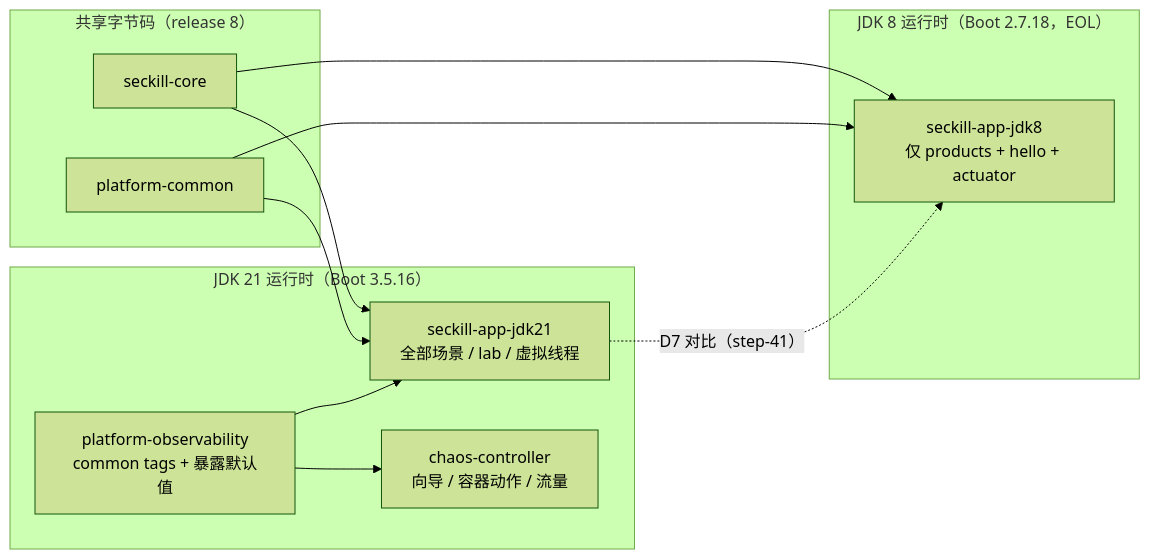
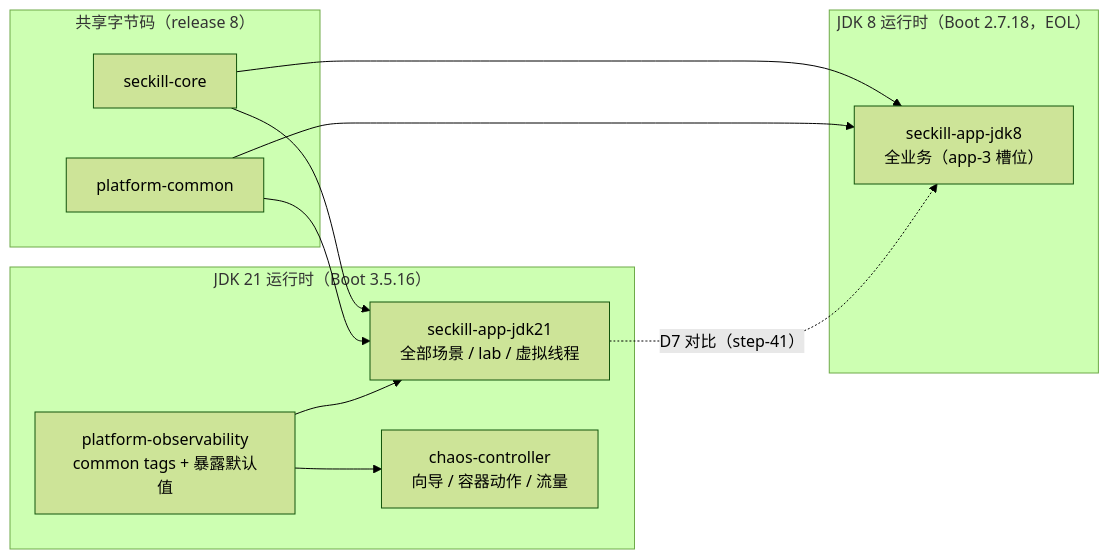
The first of 4 diagrams in doc/design/Stage1/details/08-双JDK与JVM调优.md (GigaEphemeral/test_dashbord), drawn with Mermaid (forest theme) before and after one commit. The commit also changed other lines of this file and 18 other files, not shown here.

````diff
--- a/doc/design/Stage1/details/08-双JDK与JVM调优.md
+++ b/doc/design/Stage1/details/08-双JDK与JVM调优.md
@@ -24,22 +24,22 @@
 ```mermaid
 flowchart LR
     subgraph SHARED["共享字节码（release 8）"]
         CORE["seckill-core"]
         COMMON["platform-common"]
     end
     subgraph R21["JDK 21 运行时（Boot 3.5.16）"]
         APP21["seckill-app-jdk21<br/>全部场景 / lab / 虚拟线程"]
         CTRL["chaos-controller<br/>向导 / 容器动作 / 流量"]
         OBS["platform-observability<br/>common tags + 暴露默认值"]
     end
     subgraph R8["JDK 8 运行时（Boot 2.7.18，EOL）"]
-        APP8["seckill-app-jdk8<br/>仅 products + hello + actuator"]
+        APP8["seckill-app-jdk8<br/>全业务（app-3 槽位）"]
     end
     CORE --> APP21
     CORE --> APP8
     COMMON --> APP21
     COMMON --> APP8
     OBS --> APP21
     OBS --> CTRL
     APP21 -.->|"D7 对比（step-41）"| APP8
 ```
````
